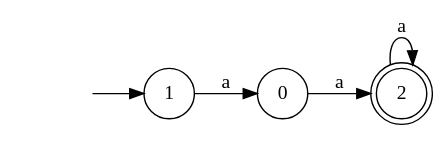
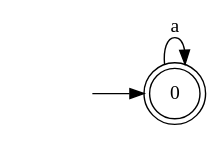
The diagram in dotfiles/DFA29.dot (Faymiaouent/Automa4U), drawn with Graphviz before and after one commit. The commit also changed 100 other files, not shown here.

```diff
--- a/dotfiles/DFA29.dot
+++ b/dotfiles/DFA29.dot
@@ -1,11 +1,7 @@
 digraph Automaton {
   rankdir = LR;
-node [shape=circle];
-  0 -> 2 [label="a"];
-node [shape=circle];
+0 [shape=doublecircle]; 
   initial [shape=plaintext,label=""];
-  initial -> 1
-  1 -> 0 [label="a"];
-2 [shape=doublecircle]; 
-  2 -> 2 [label="a"];
+  initial -> 0
+  0 -> 0 [label="a"];
 }
```
